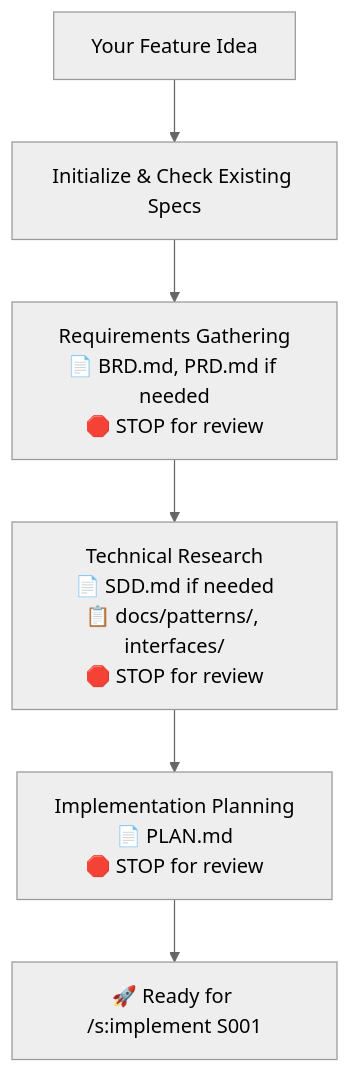
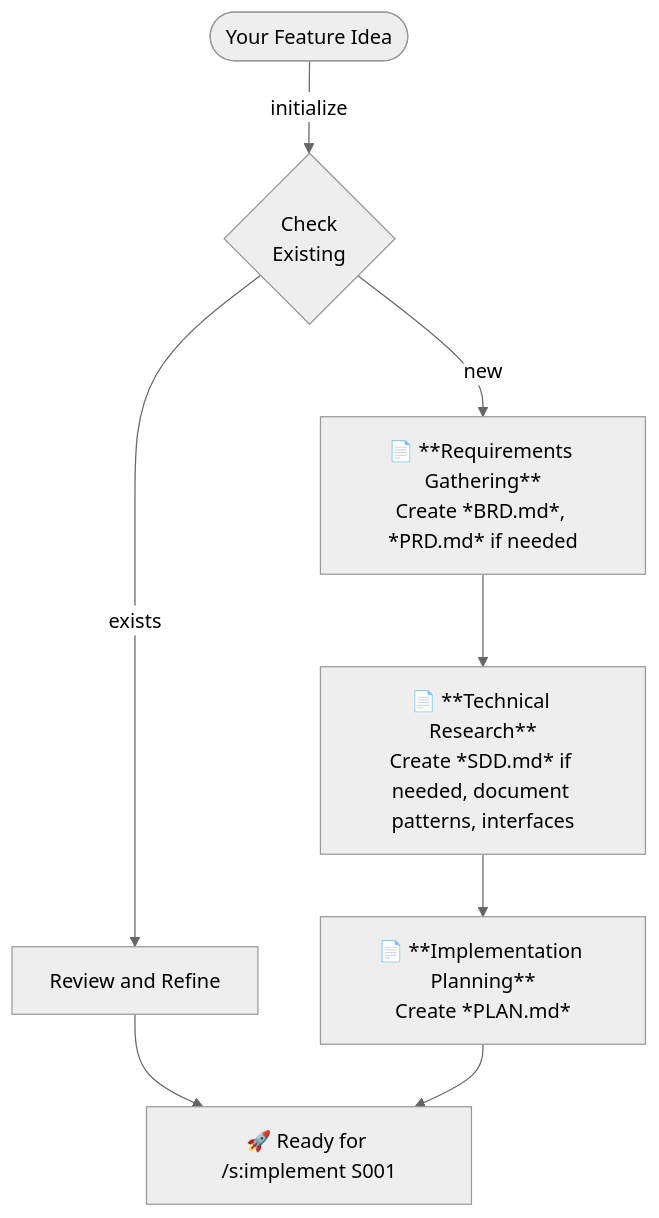
Before and after one commit to rsmdt/the-startup: the first of 3 diagrams in README.md, drawn with Mermaid (neutral theme). The commit also changed other lines of this file, not shown here.

````diff
--- a/README.md
+++ b/README.md
@@ -188,8 +190,12 @@
 ```mermaid
 flowchart TD
-    A[Your Feature Idea] --> B[Initialize & Check Existing Specs]
-    B --> C[Requirements Gathering<br/>📄 BRD.md, PRD.md if needed<br/>🛑 STOP for review]
-    C --> D[Technical Research<br/>📄 SDD.md if needed<br/>📋 docs/patterns/, interfaces/<br/>🛑 STOP for review]
-    D --> E[Implementation Planning<br/>📄 PLAN.md<br/>🛑 STOP for review]
-    E --> F[🚀 Ready for /s:implement S001]
+    A([Your Feature Idea]) --> |initialize| B{Check<br>Existing}
+    B --> |exists| C[Review and Refine]
+    C --> END[🚀 Ready for /s:implement S001]
+
+    B --> |new| D[📄 **Requirements Gathering**<br/>Create *BRD.md*, *PRD.md* if needed]
+    D --> E[📄 **Technical Research**<br/>Create *SDD.md* if needed, document patterns, interfaces]
+    E --> F[📄 **Implementation Planning**<br/>Create *PLAN.md*]
+
+    F --> END[🚀 Ready for /s:implement S001]
 ```
````
